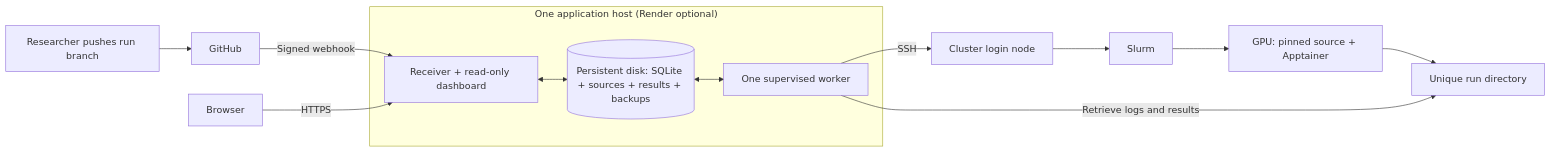
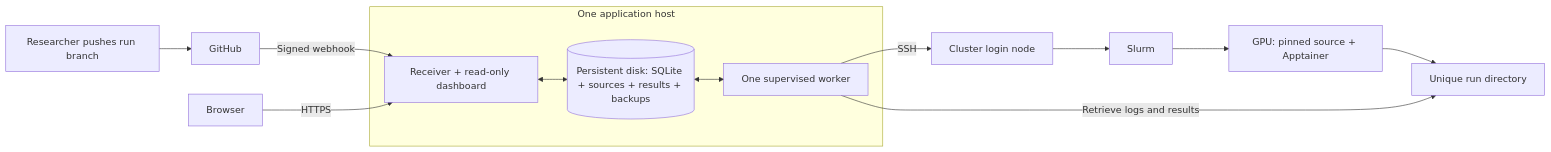
Before and after one commit to azhang4216/cris-jobs-console: the diagram in ARCHITECTURE.md, drawn with Mermaid. The commit also changed other lines of this file and 5 other files, not shown here.

````diff
--- a/ARCHITECTURE.md
+++ b/ARCHITECTURE.md
@@ -87,15 +89,15 @@
 ```mermaid
 flowchart LR
     R["Researcher pushes run branch"] --> G["GitHub"]
     G -->|Signed webhook| W["Receiver + read-only dashboard"]
     B["Browser"] -->|HTTPS| W
-    subgraph Host["One application host (Render optional)"]
+    subgraph Host["One application host"]
         W <--> D[("Persistent disk: SQLite + sources + results + backups")]
         D <--> P["One supervised worker"]
     end
     P -->|SSH| A["Cluster login node"]
     A --> S["Slurm"]
     S --> J["GPU: pinned source + Apptainer"]
     J --> F["Unique run directory"]
     P -->|Retrieve logs and results| F
 ```
````
